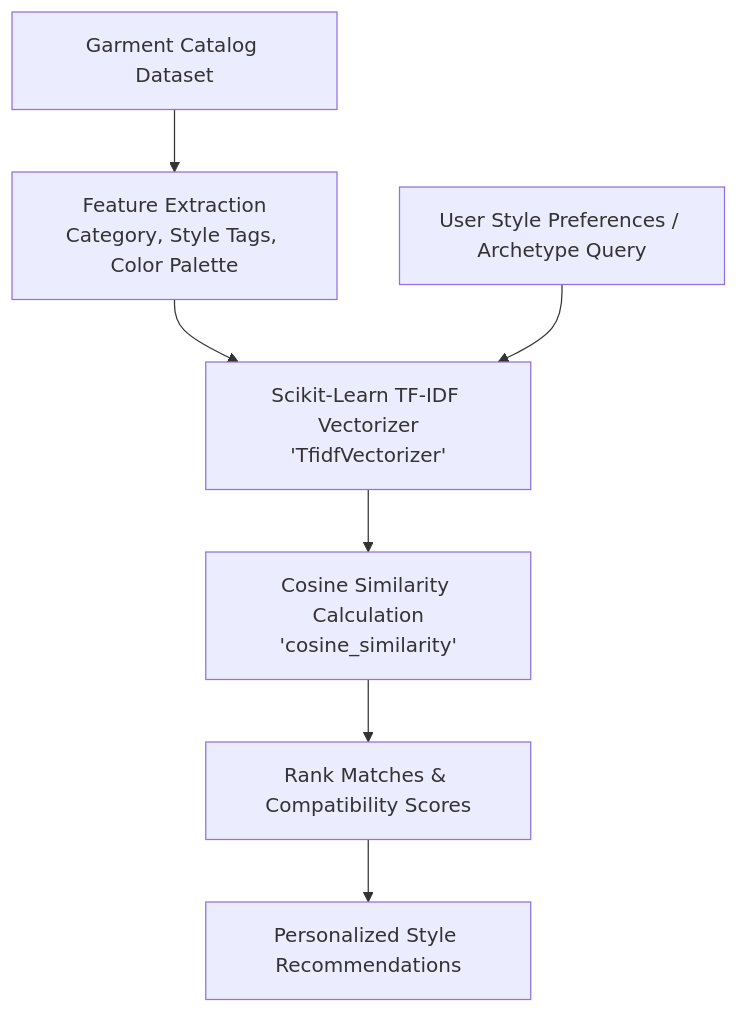
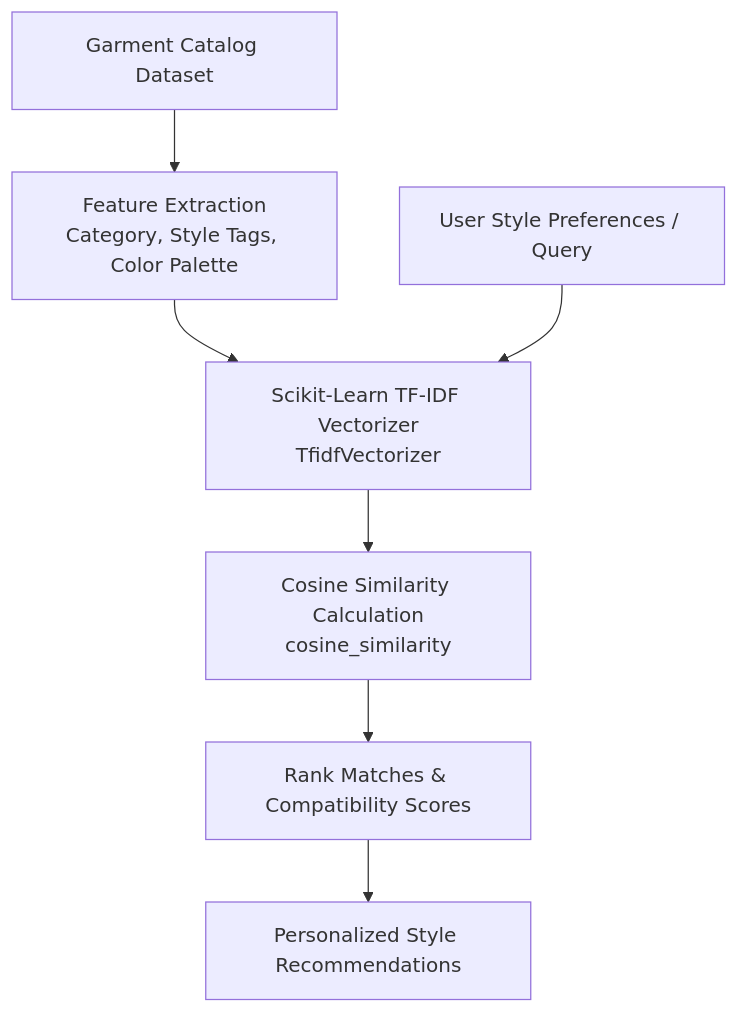
Before and after one commit to srijitachakrabortyy/Fashion-AI: the third of 3 diagrams in fashionista/README.md, drawn with Mermaid. The commit also changed other lines of this file and 1 other file, not shown here.

Commit message:
docs: fix Mermaid diagram syntax in README files for GitHub Markdown compatibility

````diff
--- a/fashionista/README.md
+++ b/fashionista/README.md
@@ -94,9 +97,9 @@
 ```mermaid
 flowchart TD
-    Catalog[Garment Catalog Dataset] --> ExtractText[Feature Extraction\nCategory, Style Tags, Color Palette]
-    ExtractText --> TFIDF[Scikit-Learn TF-IDF Vectorizer\n'TfidfVectorizer']
-    UserProfile[User Style Preferences / Archetype Query] --> TFIDF
-    TFIDF --> Cosine[Cosine Similarity Calculation\n'cosine_similarity']
-    Cosine --> Rank[Rank Matches & Compatibility Scores]
-    Rank --> Recommendations[Personalized Style Recommendations]
+    Catalog["Garment Catalog Dataset"] --> ExtractText["Feature Extraction<br/>Category, Style Tags, Color Palette"]
+    ExtractText --> TFIDF["Scikit-Learn TF-IDF Vectorizer<br/>TfidfVectorizer"]
+    UserProfile["User Style Preferences / Query"] --> TFIDF
+    TFIDF --> Cosine["Cosine Similarity Calculation<br/>cosine_similarity"]
+    Cosine --> Rank["Rank Matches & Compatibility Scores"]
+    Rank --> Recommendations["Personalized Style Recommendations"]
 ```
````
